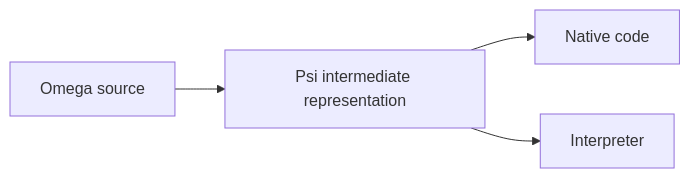
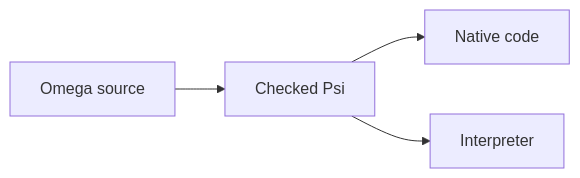
One commit to CathedralOS/Omega changed the second of 2 diagrams in README.md. Above: the diagram before and after it, drawn with Mermaid. The commit also changed other lines of this file and 12 other files, not shown here.

````diff
--- a/README.md
+++ b/README.md
@@ -547,6 +522,6 @@
 ```mermaid
 flowchart LR
-    source["Omega source"] --> psi["Psi intermediate representation"]
+    source["Omega source"] --> psi["Checked Psi"]
     psi --> native["Native code"]
     psi --> interpret["Interpreter"]
 ```
````
